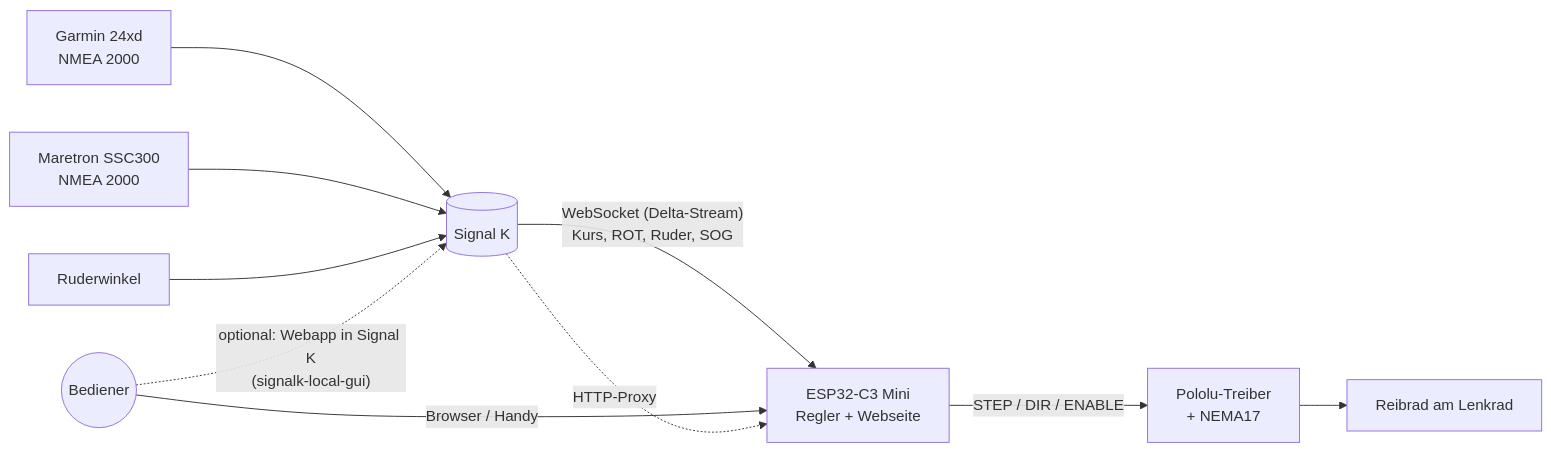
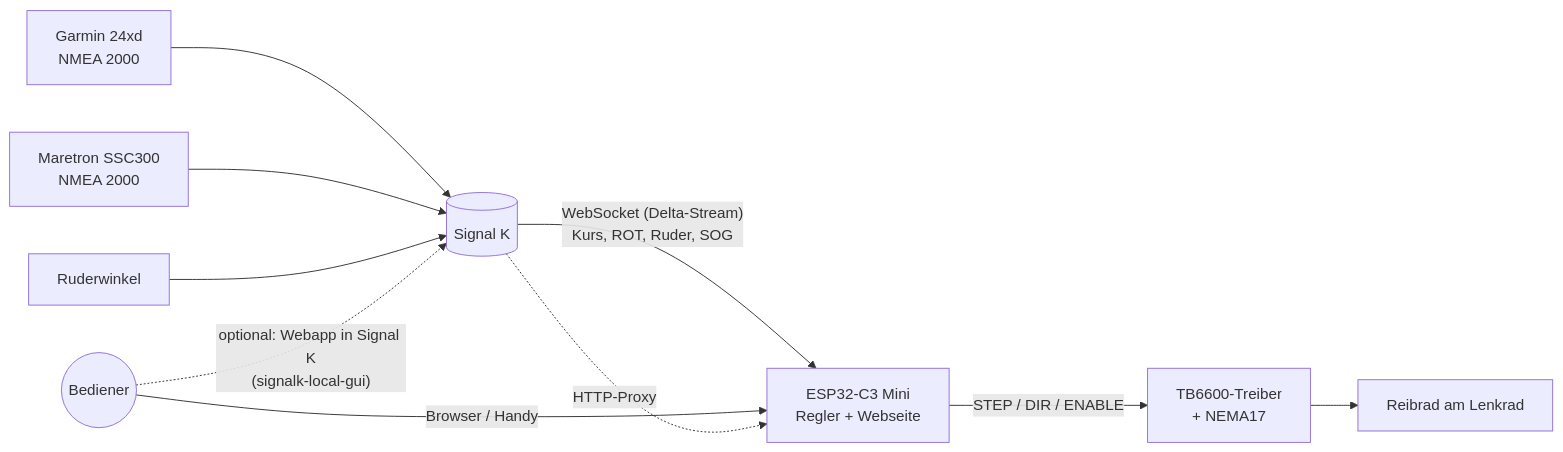
The diagram in README.md (utz-michael/SignalK_Autopilot), drawn with Mermaid before and after one commit. The commit also changed other lines of this file, not shown here.

````diff
--- a/README.md
+++ b/README.md
@@ -24,12 +24,12 @@
 ```mermaid
 flowchart LR
   GPS[Garmin 24xd<br/>NMEA 2000] --> SK[(Signal K)]
   KOMP[Maretron SSC300<br/>NMEA 2000] --> SK
   RUD[Ruderwinkel] --> SK
   SK -- "WebSocket (Delta-Stream)<br/>Kurs, ROT, Ruder, SOG" --> ESP[ESP32-C3 Mini<br/>Regler + Webseite]
-  ESP -- "STEP / DIR / ENABLE" --> TR[Pololu-Treiber<br/>+ NEMA17]
+  ESP -- "STEP / DIR / ENABLE" --> TR[TB6600-Treiber<br/>+ NEMA17]
   TR --> LR[Reibrad am Lenkrad]
   User((Bediener)) -- "Browser / Handy" --> ESP
   User -. "optional: Webapp in Signal K<br/>(signalk-local-gui)" .-> SK
   SK -. "HTTP-Proxy" .-> ESP
 ```
````
